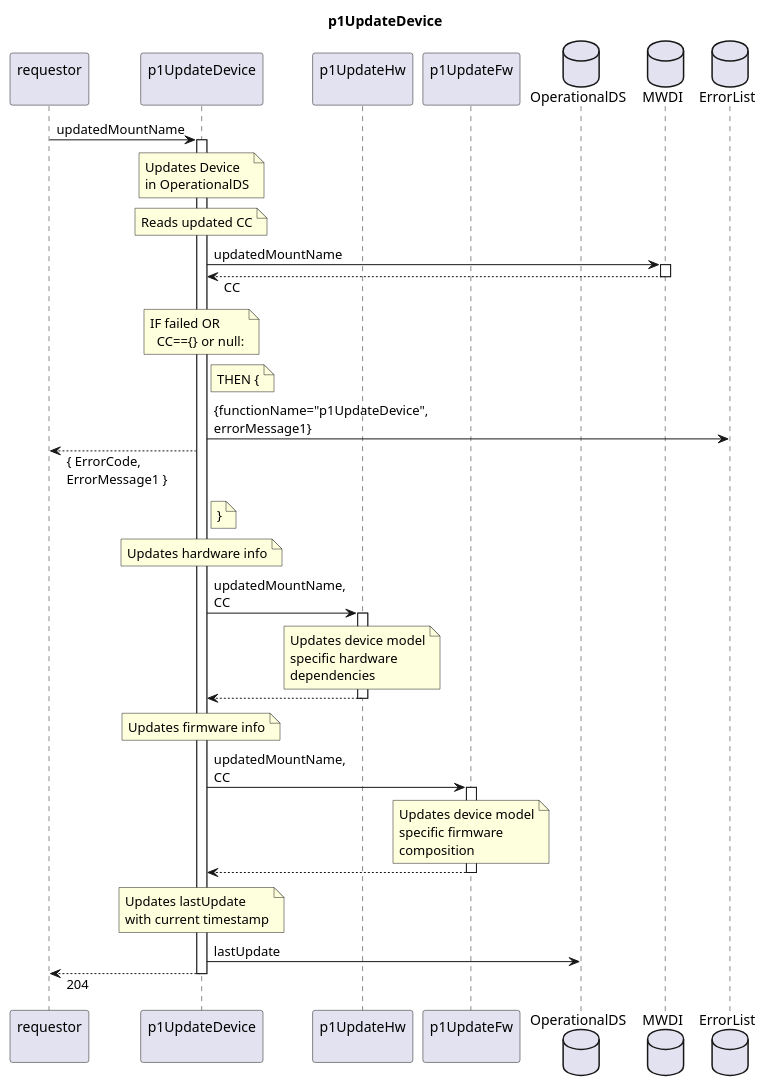
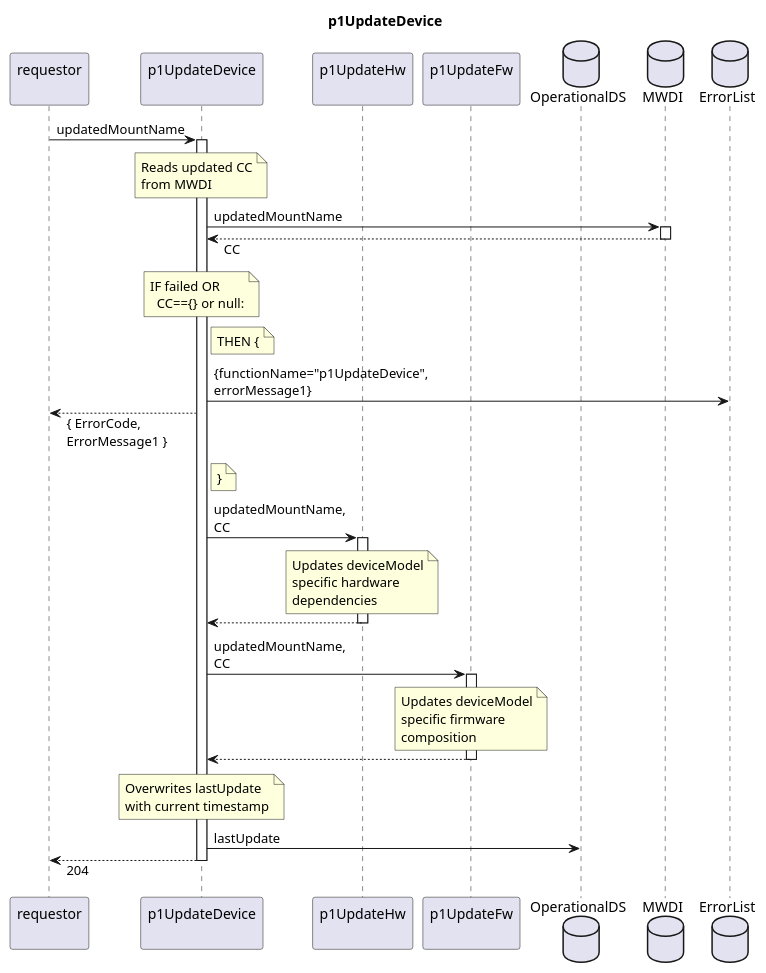
One commit to openBackhaul/FirmWareManager changed the diagram in spec/Functions/Measurement/p1UpdateDevice/1.0.0/p1UpdateDevice.plantuml. Above: the diagram before and after it, drawn with PlantUML. The commit also changed 16 other files, not shown here.

Commit message:
Add p1WriteJustDeviceModel

```diff
--- a/spec/Functions/Measurement/p1UpdateDevice/1.0.0/p1UpdateDevice.plantuml
+++ b/spec/Functions/Measurement/p1UpdateDevice/1.0.0/p1UpdateDevice.plantuml
@@ -1,79 +1,70 @@
 @startuml p1UpdateDevice
 skinparam responseMessageBelowArrow true
 
 title
   p1UpdateDevice
 end title
 
 participant "requestor\n" as requestor
 participant "p1UpdateDevice\n" as indServ
 participant "p1UpdateHw\n" as updateHw
 participant "p1UpdateFw\n" as updateFw
 
 database "OperationalDS" as OpDS
 database "MWDI" as Mwdi
 database "ErrorList" as hEL
 
 requestor -> indServ: updatedMountName
 activate indServ
-  note over indServ
-    Updates Device
-    in OperationalDS
-  end note
 
   note over indServ
     Reads updated CC
+    from MWDI
   end note
   indServ -> Mwdi: updatedMountName
   activate Mwdi
   indServ <-- Mwdi: CC
   deactivate Mwdi
   note over indServ
     IF failed OR 
       CC=={} or null:
   end note
   note right indServ
     THEN {
   end note
   indServ -> hEL: {functionName="p1UpdateDevice",\nerrorMessage1}
   requestor <-- indServ: { ErrorCode,\nErrorMessage1 }
   note right indServ
     }
   end note
 
-  note over indServ
-    Updates hardware info
-  end note
   indServ -> updateHw: updatedMountName,\nCC
   activate updateHw
     note over updateHw
-      Updates device model
+      Updates deviceModel
       specific hardware
       dependencies
     end note
   indServ <-- updateHw
   deactivate updateHw
 
-  note over indServ
-    Updates firmware info
-  end note
   indServ -> updateFw: updatedMountName,\nCC
   activate updateFw
     note over updateFw
-      Updates device model
+      Updates deviceModel
       specific firmware
       composition
     end note
   indServ <-- updateFw
   deactivate updateFw
 
   note over indServ
-    Updates lastUpdate
+    Overwrites lastUpdate
     with current timestamp
   end note
   indServ -> OpDS: lastUpdate
 
 requestor <-- indServ: 204
 deactivate indServ
 
 @enduml
```
